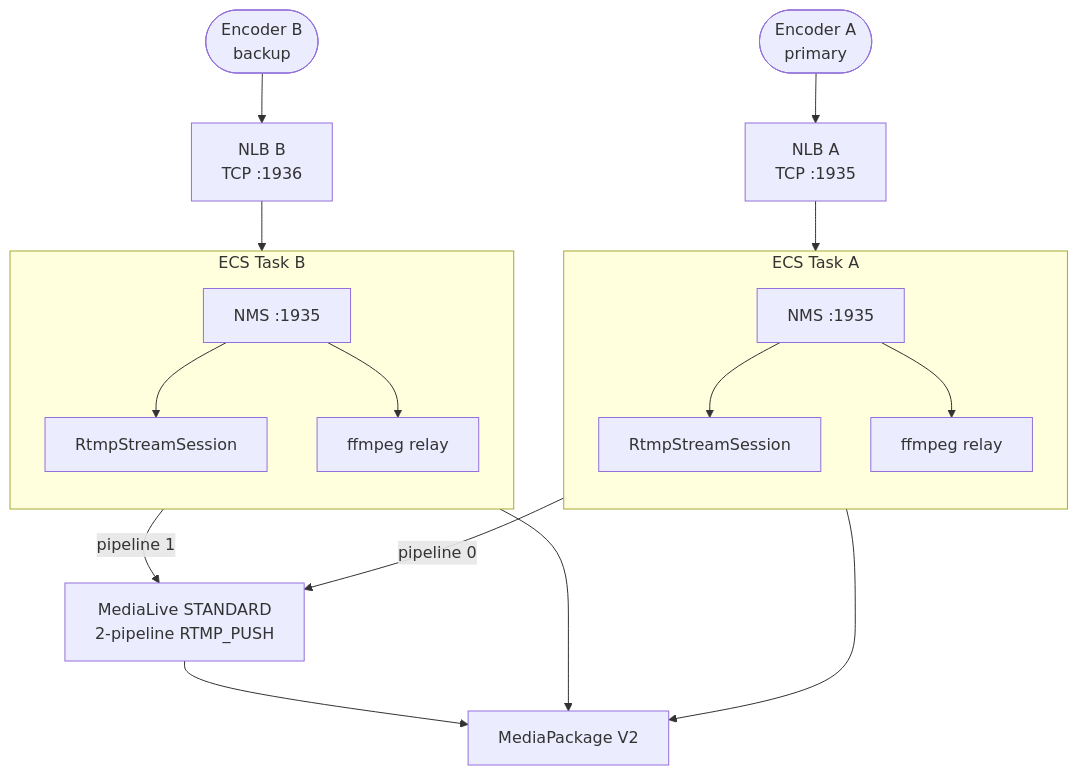
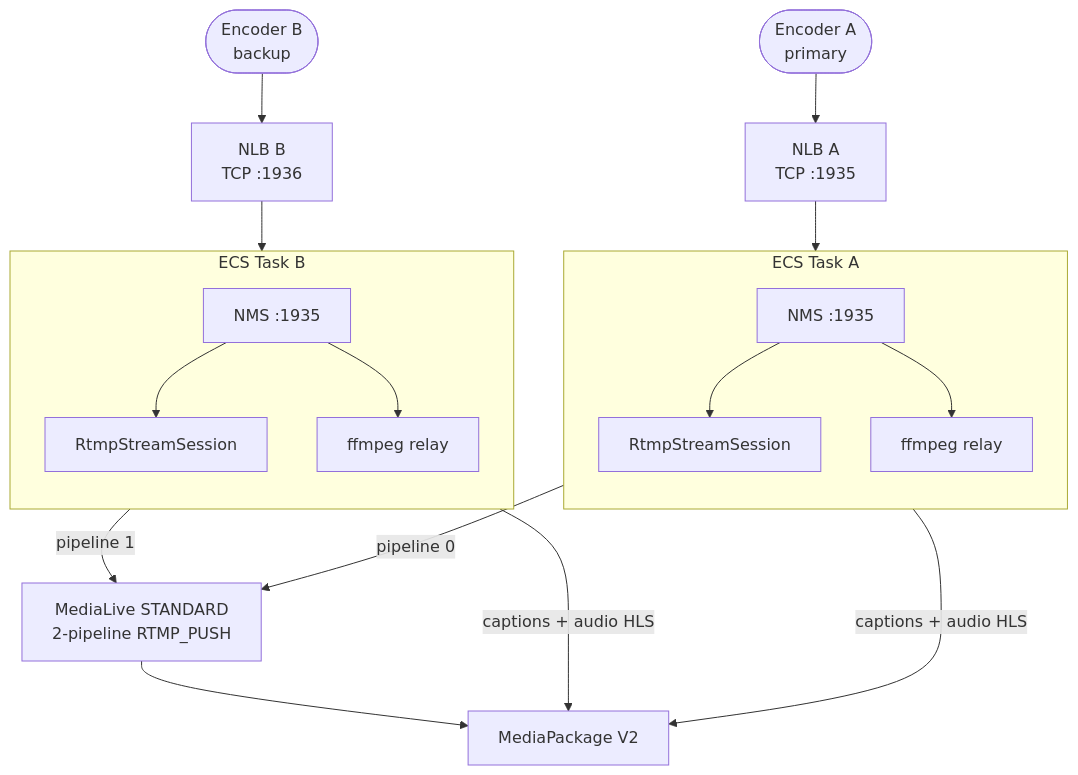
One commit to igorkosteski/live-caption-engine changed the second of 2 diagrams in deploy/OPTIMIZED-ARCHITECTURE.md. Above: the diagram before and after it, drawn with Mermaid. The commit also changed other lines of this file, not shown here.

Commit message:
feat: update architecture documentation to reflect removal of NginxRtmpStack and changes in MediaLive input handling

````diff
--- a/deploy/OPTIMIZED-ARCHITECTURE.md
+++ b/deploy/OPTIMIZED-ARCHITECTURE.md
@@ -65,33 +110,33 @@
 ```mermaid
 flowchart TD
     ENC_A([Encoder A\nprimary])
     ENC_B([Encoder B\nbackup])
 
     NLB_A[NLB A\nTCP :1935]
     NLB_B[NLB B\nTCP :1936]
 
     subgraph ECS_A["ECS Task A"]
         direction TB
         NMS_A[NMS :1935] --> SESSION_A[RtmpStreamSession]
         NMS_A --> RELAY_A[ffmpeg relay]
     end
 
     subgraph ECS_B["ECS Task B"]
         direction TB
         NMS_B[NMS :1935] --> SESSION_B[RtmpStreamSession]
         NMS_B --> RELAY_B[ffmpeg relay]
     end
 
     ML[MediaLive STANDARD\n2-pipeline RTMP_PUSH]
     MP[MediaPackage V2]
 
     ENC_A --> NLB_A --> NMS_A
     ENC_B --> NLB_B --> NMS_B
 
     RELAY_A -->|pipeline 0| ML
     RELAY_B -->|pipeline 1| ML
 
-    SESSION_A --> MP
-    SESSION_B --> MP
+    SESSION_A -->|captions + audio HLS| MP
+    SESSION_B -->|captions + audio HLS| MP
     ML --> MP
 ```
````
